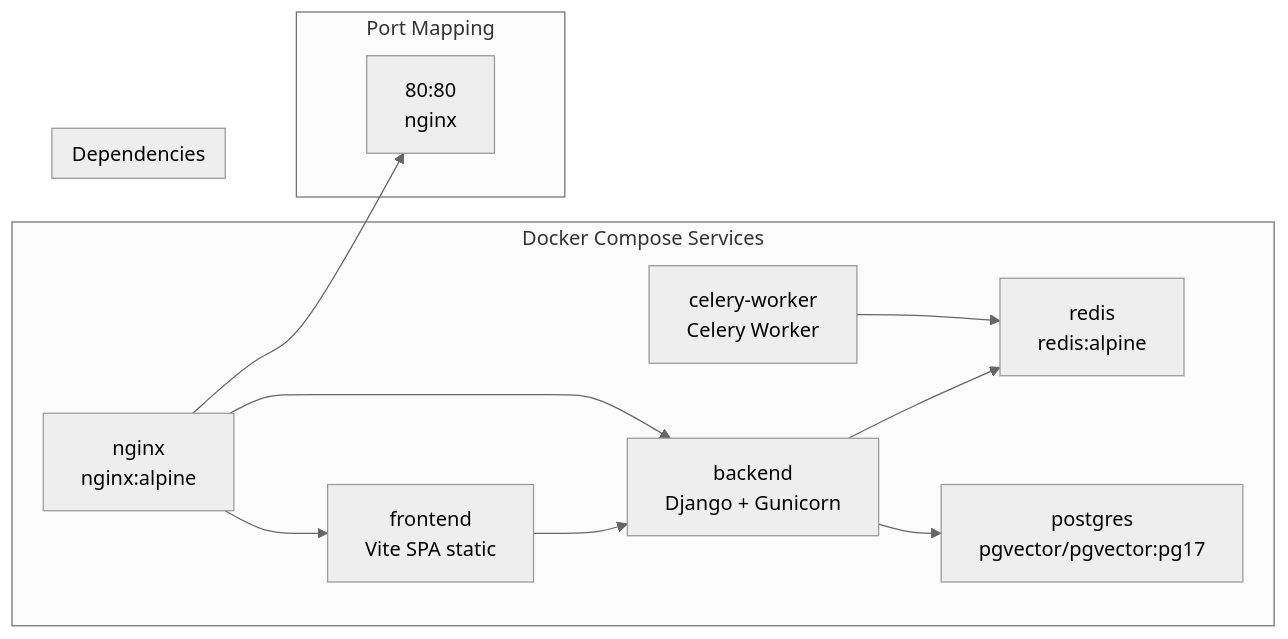
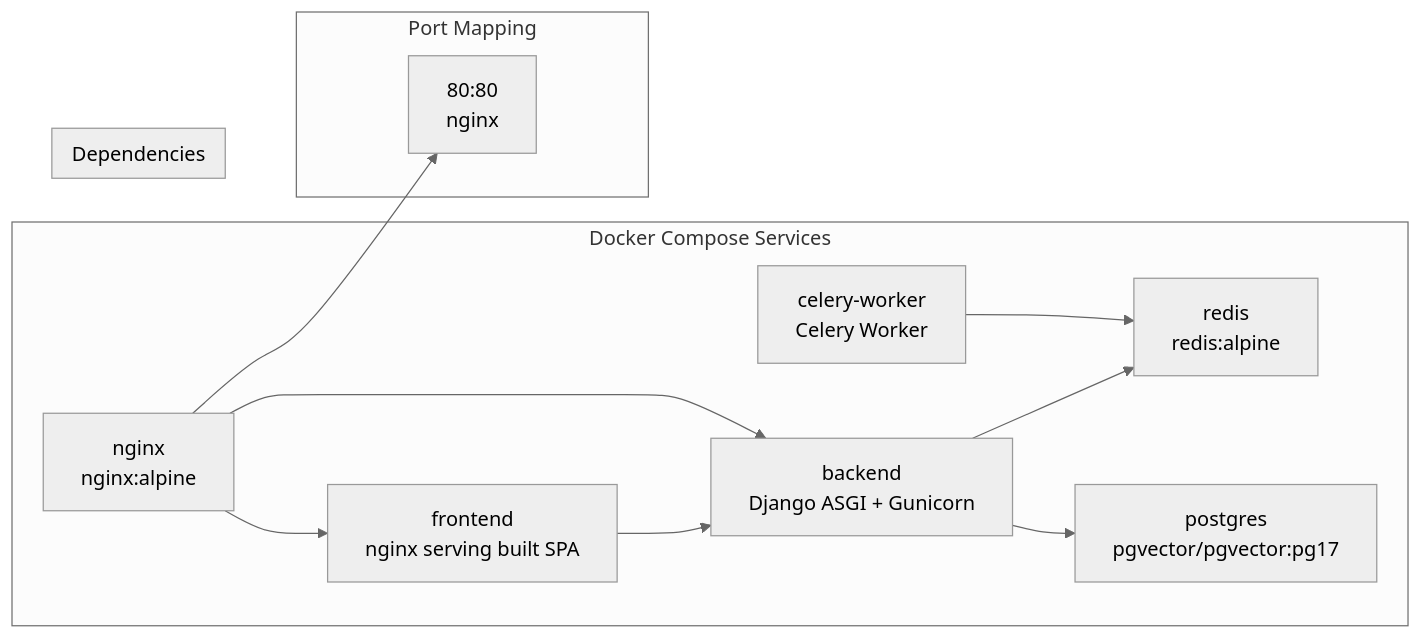
The second of 7 diagrams in docs/design/deployment-diagram.md (yukiharada1228/videoq), drawn with Mermaid (neutral theme) before and after one commit. The commit also changed other lines of this file and 7 other files, not shown here.

````diff
--- a/docs/design/deployment-diagram.md
+++ b/docs/design/deployment-diagram.md
@@ -82,33 +82,33 @@
 ```mermaid
 graph LR
     subgraph Services["Docker Compose Services"]
         S1["redis
         redis:alpine"]
         S2["postgres
         pgvector/pgvector:pg17"]
         S3["backend
-        Django + Gunicorn"]
+        Django ASGI + Gunicorn"]
         S4["celery-worker
         Celery Worker"]
         S5["frontend
-        Vite SPA static"]
+        nginx serving built SPA"]
         S6["nginx
         nginx:alpine"]
     end
 
     subgraph Dependencies["Dependencies"]
         S3 --> S2
         S3 --> S1
         S4 --> S1
         S5 --> S3
         S6 --> S3
         S6 --> S5
     end
 
     subgraph Ports["Port Mapping"]
         P1["80:80
         nginx"]
     end
 
     S6 --> P1
 ```
````
